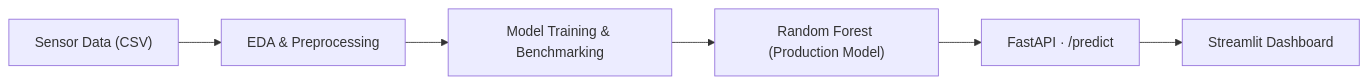
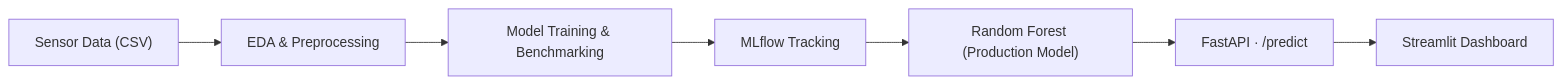
The diagram in README.md (IsaacMartins12/predictive-maintenance-motor-ml), drawn with Mermaid before and after one commit. The commit also changed other lines of this file, not shown here.

````diff
--- a/README.md
+++ b/README.md
@@ -23,8 +26,9 @@
 ```mermaid
 flowchart LR
     A["Sensor Data (CSV)"] --> B["EDA & Preprocessing"]
     B --> C["Model Training & Benchmarking"]
-    C --> D["Random Forest (Production Model)"]
-    D --> E["FastAPI · /predict"]
-    E --> F["Streamlit Dashboard"]
+    C --> D["MLflow Tracking"]
+    D --> E["Random Forest (Production Model)"]
+    E --> F["FastAPI · /predict"]
+    F --> G["Streamlit Dashboard"]
 ```
````
